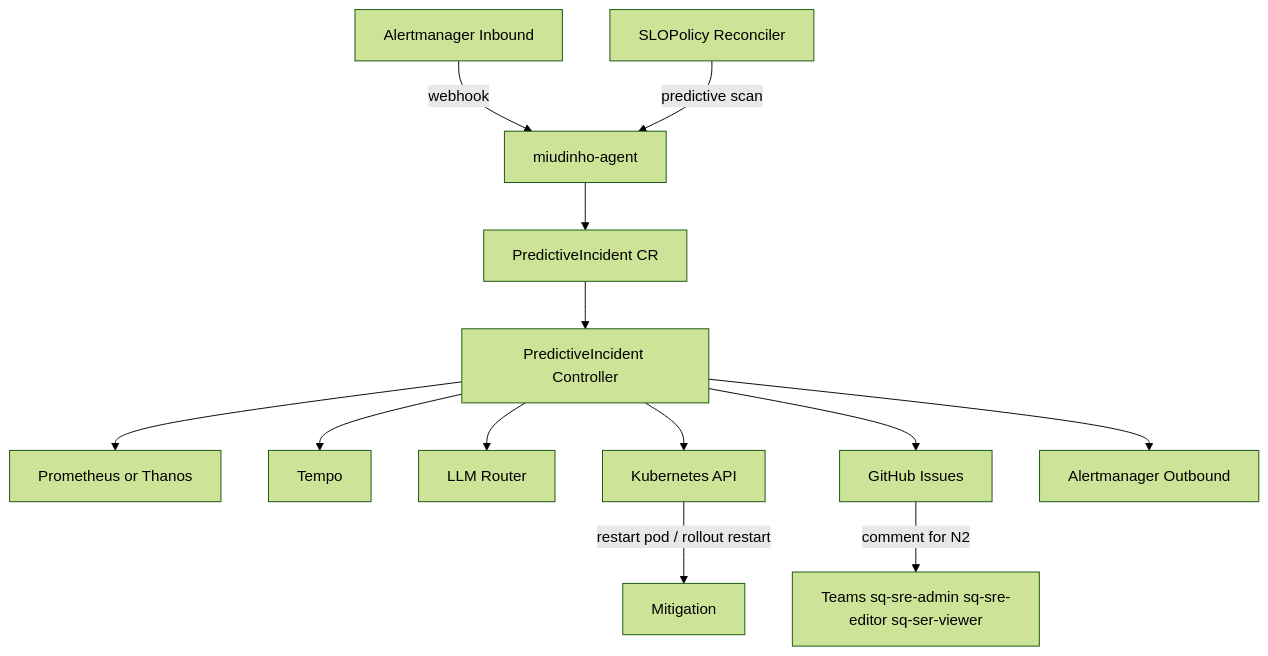
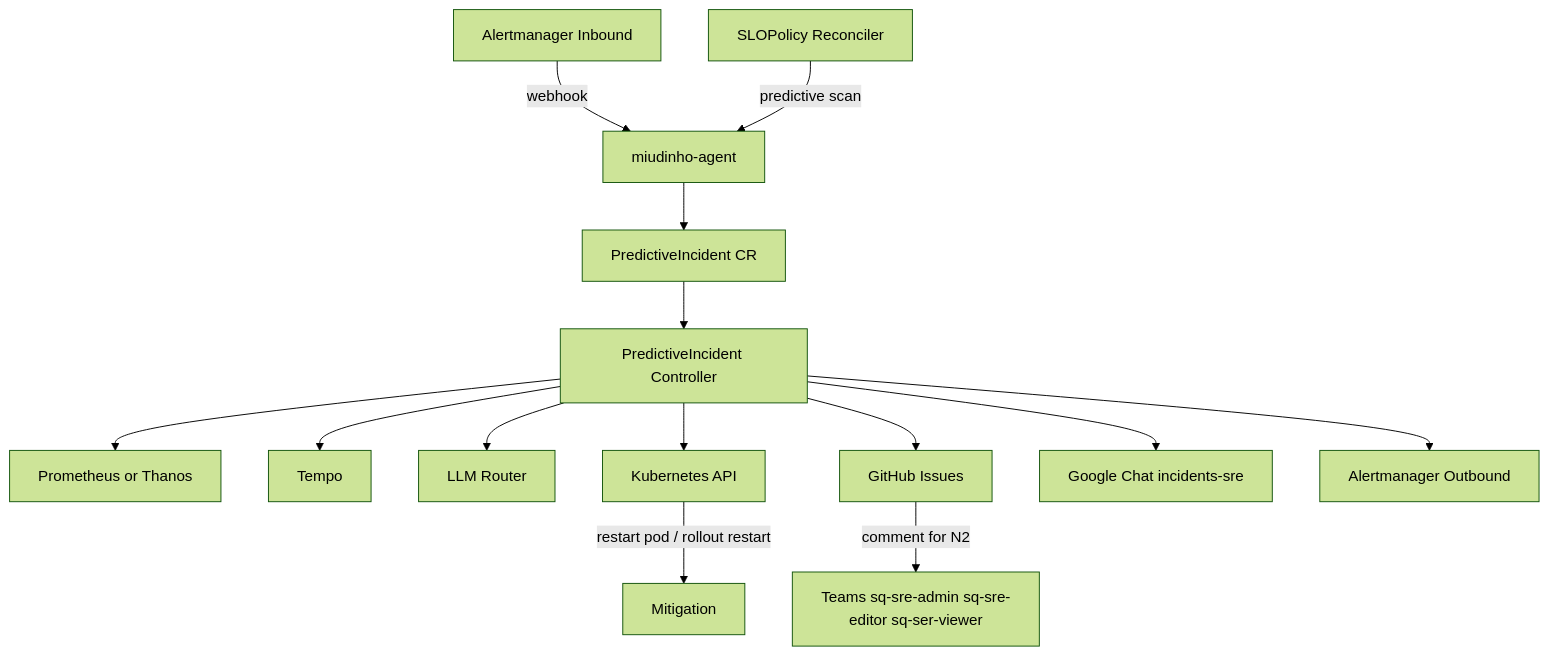
One commit to wellbastos/miudinho-agent changed the diagram in README.md. Above: the diagram before and after it, drawn with Mermaid (forest theme). The commit also changed other lines of this file and 38 other files, not shown here.

````diff
--- a/README.md
+++ b/README.md
@@ -49,19 +50,20 @@
 ```mermaid
 flowchart TD
     AMIN[Alertmanager Inbound] -->|webhook| OP[miudinho-agent]
     SLO[SLOPolicy Reconciler] -->|predictive scan| OP
 
     OP --> PI[PredictiveIncident CR]
     PI --> PIC[PredictiveIncident Controller]
 
     PIC --> PROM[Prometheus or Thanos]
     PIC --> TEMPO[Tempo]
     PIC --> LLM[LLM Router]
     PIC --> K8S[Kubernetes API]
 
     PIC --> GH[GitHub Issues]
+    PIC --> CHAT[Google Chat incidents-sre]
     PIC --> AMOUT[Alertmanager Outbound]
 
     K8S -->|restart pod / rollout restart| ACT[Mitigation]
     GH -->|comment for N2| N2[Teams sq-sre-admin sq-sre-editor sq-ser-viewer]
 ```
````
